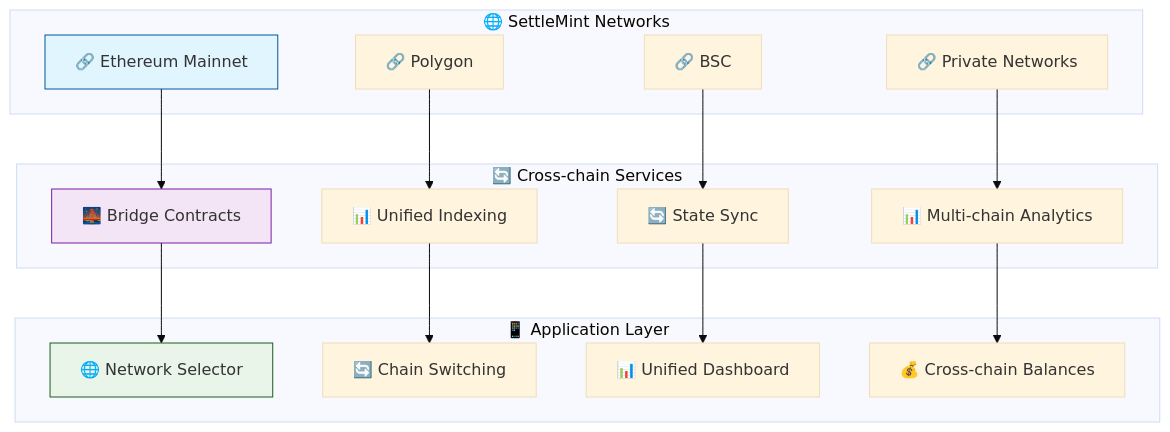
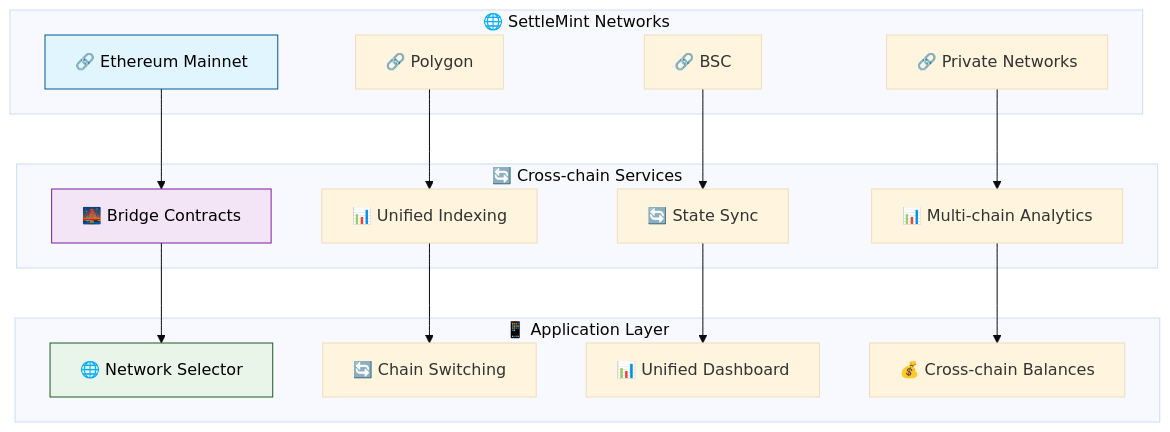
Before and after one commit to settlemint/asset-tokenization-kit: the eighth of 8 diagrams in designdocs/13-settlemint-platform-integration.md, drawn with Mermaid (base theme). The commit also changed other lines of this file and 18 other files, not shown here.

````diff
--- a/designdocs/13-settlemint-platform-integration.md
+++ b/designdocs/13-settlemint-platform-integration.md
@@ -771,36 +771,36 @@
 ```mermaid
 graph TB
     subgraph "🌐 SettleMint Networks"
         A[🔗 Ethereum Mainnet]
         B[🔗 Polygon]
         C[🔗 BSC]
         D[🔗 Private Networks]
     end
     
     subgraph "🔄 Cross-chain Services"
         E[🌉 Bridge Contracts]
         F[📊 Unified Indexing]
         G[🔄 State Sync]
         H[📊 Multi-chain Analytics]
     end
     
     subgraph "📱 Application Layer"
         I[🌐 Network Selector]
         J[🔄 Chain Switching]
         K[📊 Unified Dashboard]
         L[💰 Cross-chain Balances]
     end
     
     A --> E
     B --> F
     C --> G
     D --> H
     E --> I
     F --> J
     G --> K
     H --> L
     
-    style A fill:#e1f5fe,stroke:#01579b
-    style E fill:#f3e5f5,stroke:#7b1fa2
-    style I fill:#e8f5e8,stroke:#1b5e20
+    style A fill:#e1f5fe,stroke:#01579b,color:#000000
+    style E fill:#f3e5f5,stroke:#7b1fa2,color:#000000
+    style I fill:#e8f5e8,stroke:#1b5e20,color:#000000
 ```
````
